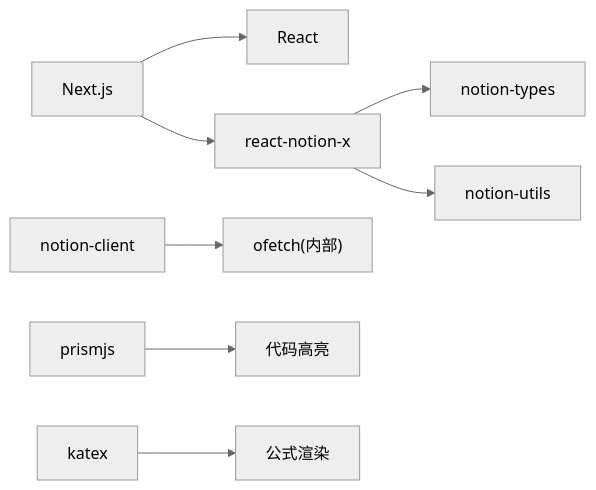
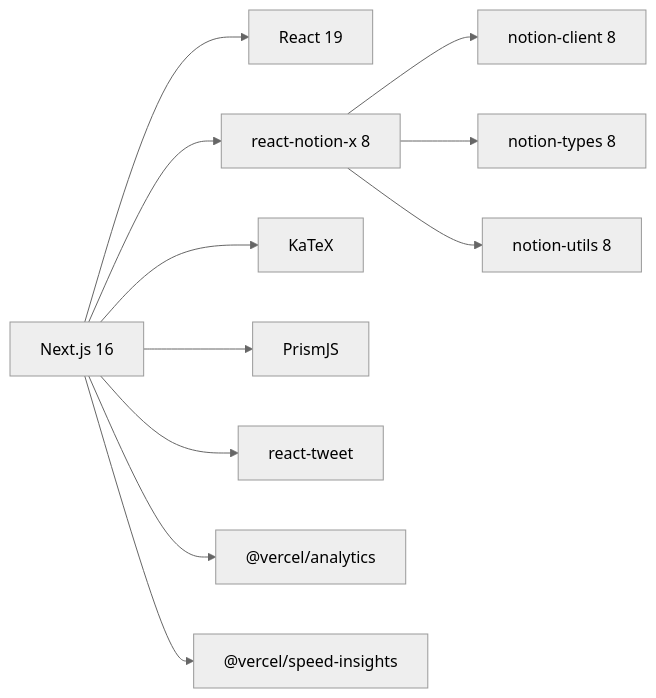
Before and after one commit to PhysicalMouse/nextjs-notion-starter-kit: the seventh of 7 diagrams in .qoder/repowiki/zh/content/项目概述.md, drawn with Mermaid (neutral theme). The commit also changed other lines of this file and 186 other files, not shown here.

````diff
--- a/.qoder/repowiki/zh/content/项目概述.md
+++ b/.qoder/repowiki/zh/content/项目概述.md
@@ -268,10 +291,13 @@
 ```mermaid
 graph LR
-Next["Next.js"] --> React["React"]
-Next --> RNX["react-notion-x"]
-RNX --> NotionTypes["notion-types"]
-RNX --> NotionUtils["notion-utils"]
-NotionClient["notion-client"] --> Ofetch["ofetch(内部)"]
-Prism["prismjs"] --> CodeHighlight["代码高亮"]
-KaTeX["katex"] --> MathRender["公式渲染"]
+Next["Next.js 16"] --> React["React 19"]
+Next --> RNX["react-notion-x 8"]
+RNX --> NC["notion-client 8"]
+RNX --> NT["notion-types 8"]
+RNX --> NU["notion-utils 8"]
+Next --> Katex["KaTeX"]
+Next --> Prism["PrismJS"]
+Next --> Tweet["react-tweet"]
+Next --> VA["@vercel/analytics"]
+Next --> SI["@vercel/speed-insights"]
 ```
````
